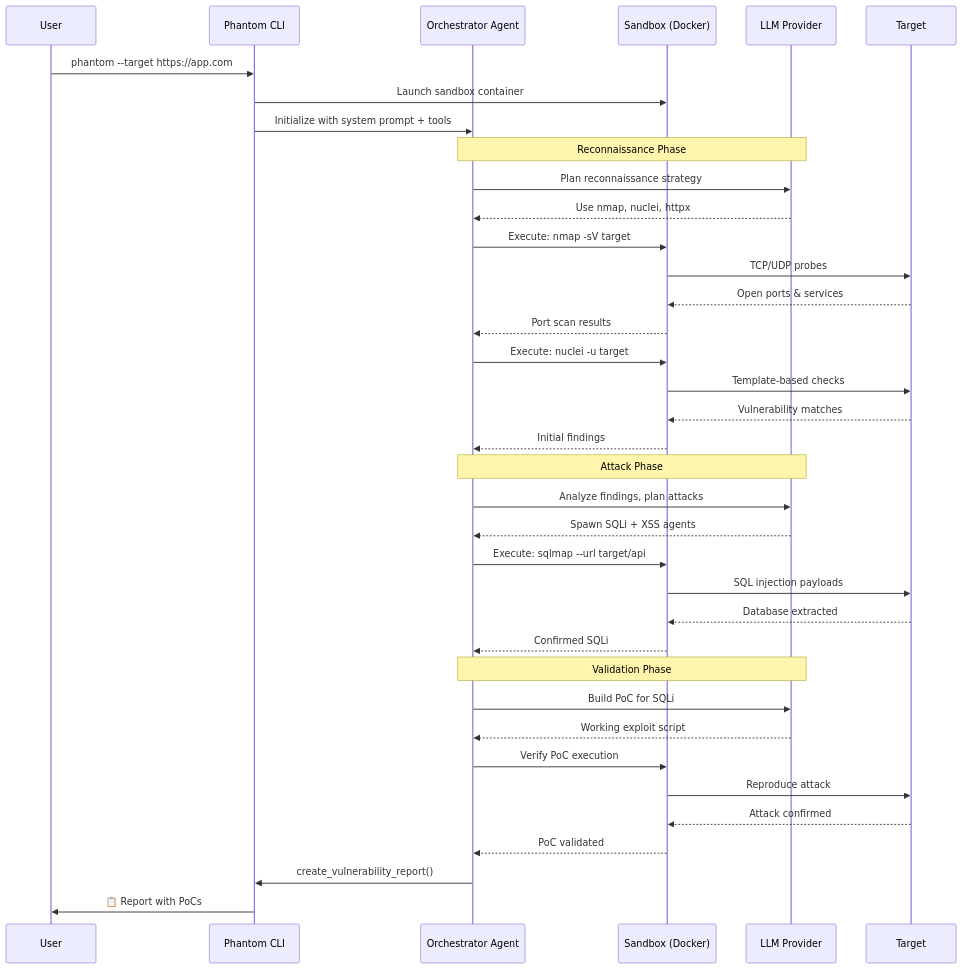
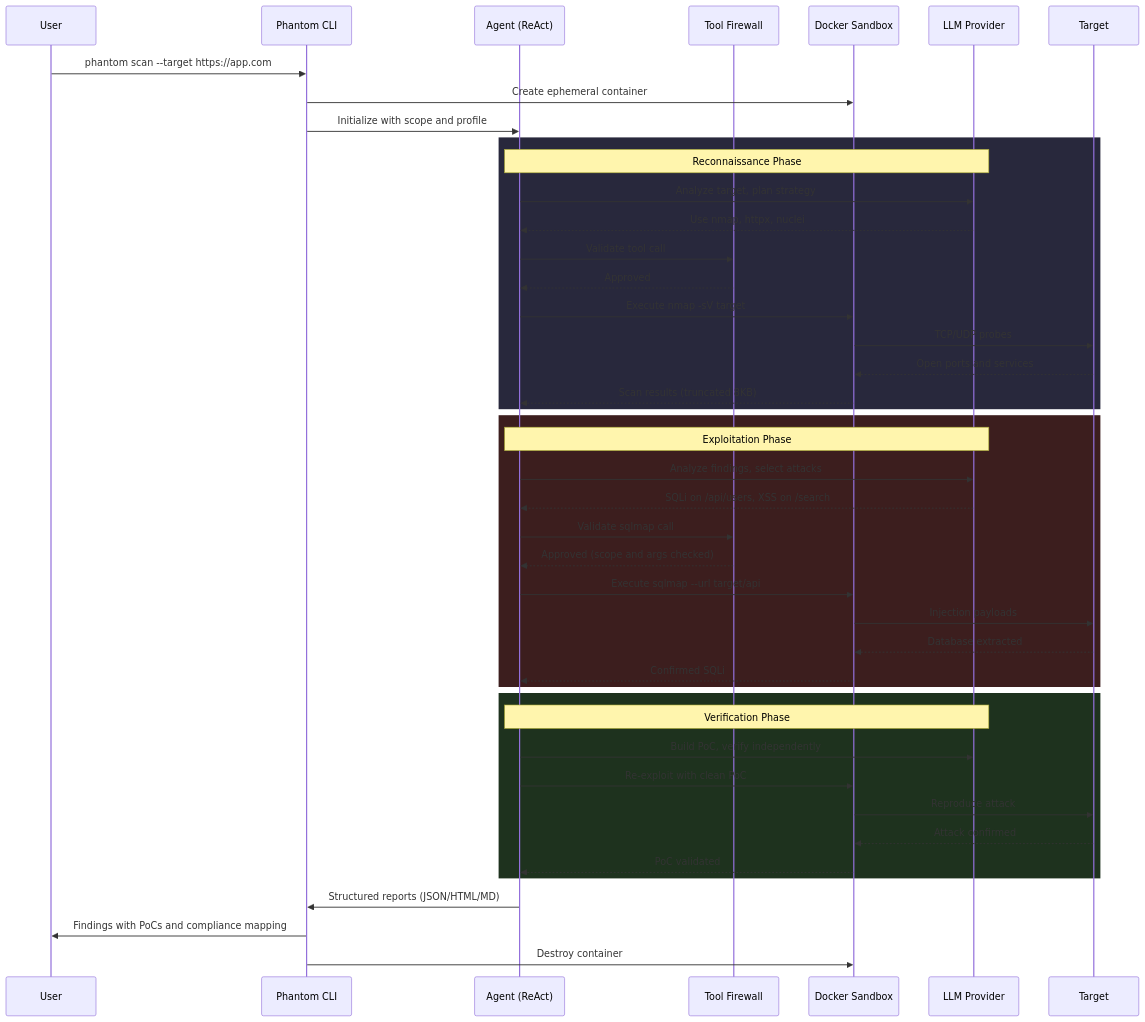
Before and after one commit to Usta0x001/Phantom: the second of 6 diagrams in README.md, drawn with Mermaid. The commit also changed other lines of this file and 12 other files, not shown here.

````diff
--- a/README.md
+++ b/README.md
@@ -159,45 +159,51 @@
 ```mermaid
 sequenceDiagram
-    participant U as User
-    participant P as Phantom CLI
-    participant O as Orchestrator Agent
-    participant S as Sandbox (Docker)
-    participant L as LLM Provider
-    participant T as Target
+    participant User
+    participant CLI as Phantom CLI
+    participant Agent as Agent (ReAct)
+    participant Firewall as Tool Firewall
+    participant Sandbox as Docker Sandbox
+    participant LLM as LLM Provider
+    participant Target
 
-    U->>P: phantom --target https://app.com
-    P->>S: Launch sandbox container
-    P->>O: Initialize with system prompt + tools
+    User->>CLI: phantom scan --target https://app.com
+    CLI->>Sandbox: Create ephemeral container
+    CLI->>Agent: Initialize with scope and profile
 
-    Note over O,L: Reconnaissance Phase
-    O->>L: Plan reconnaissance strategy
-    L-->>O: Use nmap, nuclei, httpx
-    O->>S: Execute: nmap -sV target
-    S->>T: TCP/UDP probes
-    T-->>S: Open ports & services
-    S-->>O: Port scan results
+    rect rgb(40, 40, 60)
+        Note over Agent,LLM: Reconnaissance Phase
+        Agent->>LLM: Analyze target, plan strategy
+        LLM-->>Agent: Use nmap, httpx, nuclei
+        Agent->>Firewall: Validate tool call
+        Firewall-->>Agent: Approved
+        Agent->>Sandbox: Execute nmap -sV target
+        Sandbox->>Target: TCP/UDP probes
+        Target-->>Sandbox: Open ports and services
+        Sandbox-->>Agent: Scan results (truncated 8KB)
+    end
 
-    O->>S: Execute: nuclei -u target
-    S->>T: Template-based checks
-    T-->>S: Vulnerability matches
-    S-->>O: Initial findings
+    rect rgb(60, 30, 30)
+        Note over Agent,LLM: Exploitation Phase
+        Agent->>LLM: Analyze findings, select attacks
+        LLM-->>Agent: SQLi on /api/users, XSS on /search
+        Agent->>Firewall: Validate sqlmap call
+        Firewall-->>Agent: Approved (scope and args checked)
+        Agent->>Sandbox: Execute sqlmap --url target/api
+        Sandbox->>Target: Injection payloads
+        Target-->>Sandbox: Database extracted
+        Sandbox-->>Agent: Confirmed SQLi
+    end
 
-    Note over O,L: Attack Phase
-    O->>L: Analyze findings, plan attacks
-    L-->>O: Spawn SQLi + XSS agents
-    O->>S: Execute: sqlmap --url target/api
-    S->>T: SQL injection payloads
-    T-->>S: Database extracted
-    S-->>O: Confirmed SQLi
+    rect rgb(30, 50, 30)
+        Note over Agent,LLM: Verification Phase
+        Agent->>LLM: Build PoC, verify independently
+        Agent->>Sandbox: Re-exploit with clean PoC
+        Sandbox->>Target: Reproduce attack
+        Target-->>Sandbox: Attack confirmed
+        Sandbox-->>Agent: PoC validated
+    end
 
-    Note over O,L: Validation Phase
-    O->>L: Build PoC for SQLi
-    L-->>O: Working exploit script
-    O->>S: Verify PoC execution
-    S->>T: Reproduce attack
-    T-->>S: Attack confirmed
-    S-->>O: PoC validated
-
-    O->>P: create_vulnerability_report()
-    P->>U: 📋 Report with PoCs
+    Agent->>CLI: Structured reports (JSON/HTML/MD)
+    CLI->>User: Findings with PoCs and compliance mapping
+    CLI->>Sandbox: Destroy container
 ```
````
